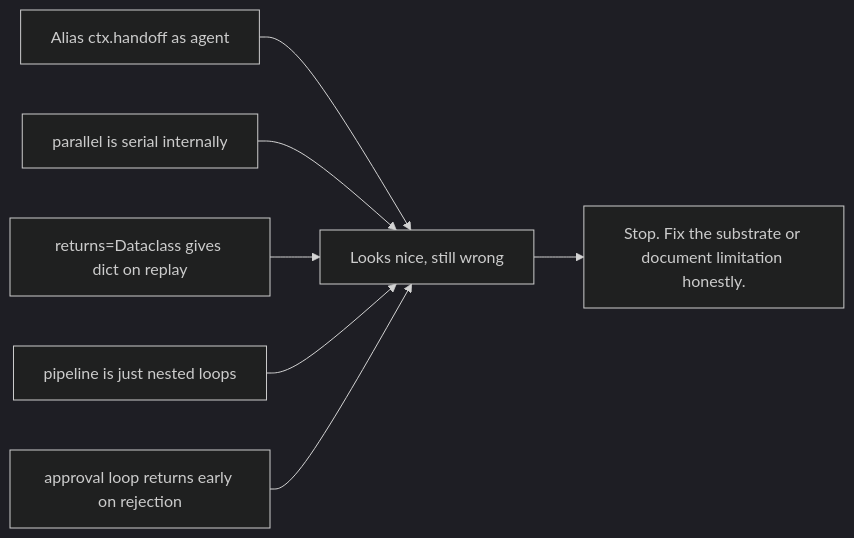
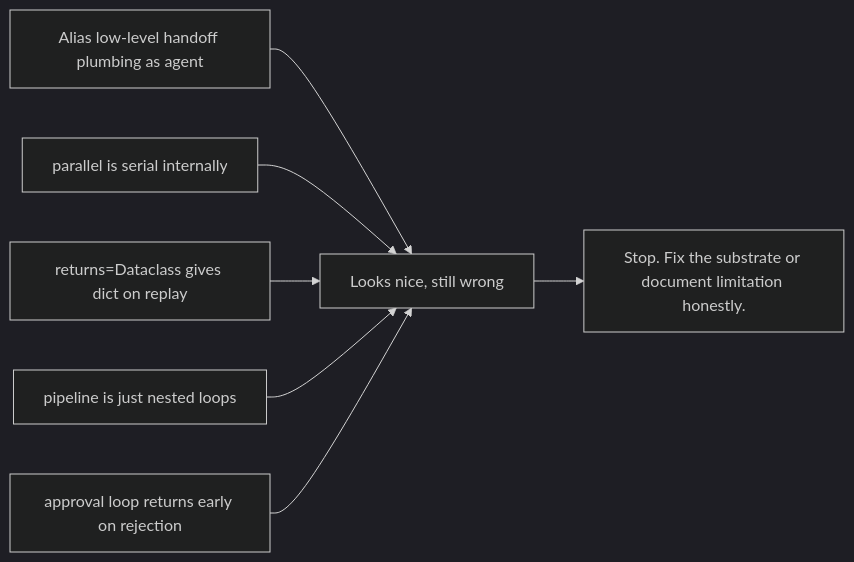
Diagram 13 of 13 in docs/plans/2026-06-12-agent-parallel-pipeline-api-visual-plan.md (skylarbpayne/hermes-workflows), drawn with Mermaid (dark theme) before and after one commit. The commit also changed other lines of this file and 38 other files, not shown here.

````diff
--- a/docs/plans/2026-06-12-agent-parallel-pipeline-api-visual-plan.md
+++ b/docs/plans/2026-06-12-agent-parallel-pipeline-api-visual-plan.md
@@ -463,9 +463,9 @@
 ```mermaid
 flowchart LR
-    Bad1["Alias ctx.handoff as agent"] --> Lie["Looks nice, still wrong"]
+    Bad1["Alias low-level handoff plumbing as agent"] --> Lie["Looks nice, still wrong"]
     Bad2["parallel is serial internally"] --> Lie
     Bad3["returns=Dataclass gives dict on replay"] --> Lie
     Bad4["pipeline is just nested loops"] --> Lie
     Bad5["approval loop returns early on rejection"] --> Lie
     Lie --> Stop["Stop. Fix the substrate or document limitation honestly."]
 ```
````
